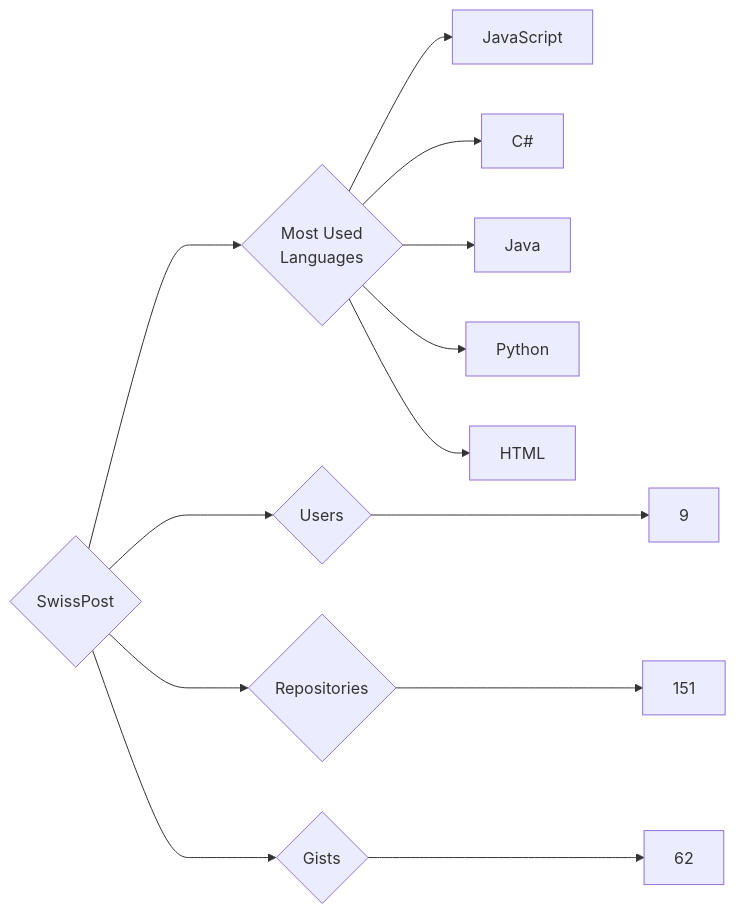
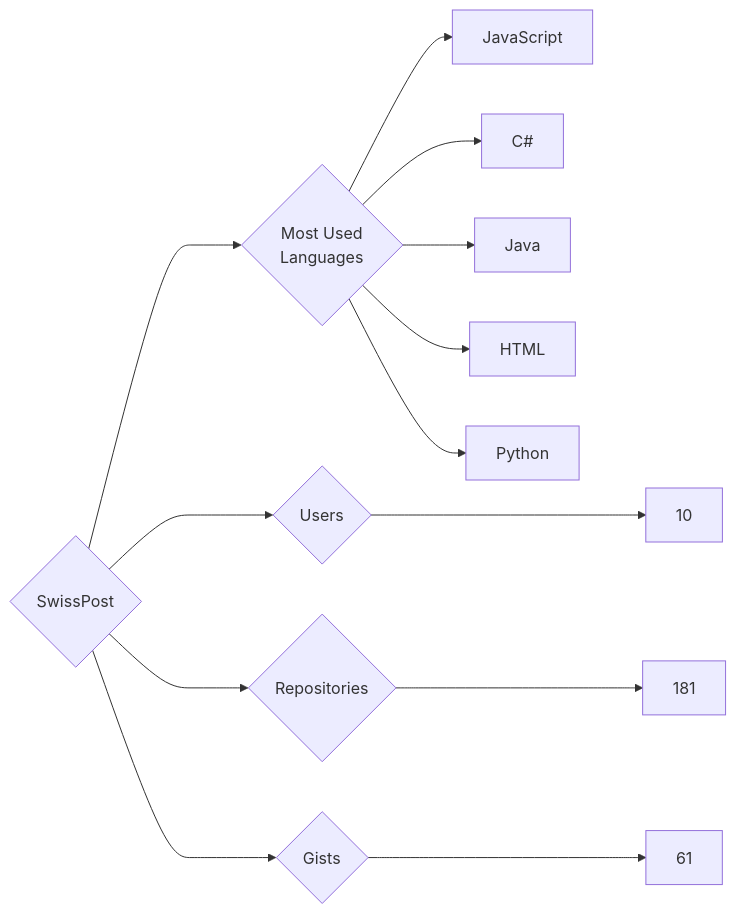
The diagram in targets/SwissPost/README.md (trickest/insiders), drawn with Mermaid before and after one commit. The commit also changed 939 other files, not shown here.

````diff
--- a/targets/SwissPost/README.md
+++ b/targets/SwissPost/README.md
@@ -3,13 +3,13 @@
 ```mermaid
 graph LR
 COMPANY_NAME{SwissPost}
-COMPANY_NAME ---> U{Users} ---> UN[9]
-COMPANY_NAME ---> R{Repositories} ---> RN[151]
-COMPANY_NAME ---> G{Gists} ---> GN[62]
+COMPANY_NAME ---> U{Users} ---> UN[10]
+COMPANY_NAME ---> R{Repositories} ---> RN[181]
+COMPANY_NAME ---> G{Gists} ---> GN[61]
 COMPANY_NAME ---> ML{Most Used<br>Languages}
 ML --> JavaScript[JavaScript]
 ML --> C#[C#]
 ML --> Java[Java]
+ML --> HTML[HTML]
 ML --> Python[Python]
-ML --> HTML[HTML]
 ```
````
